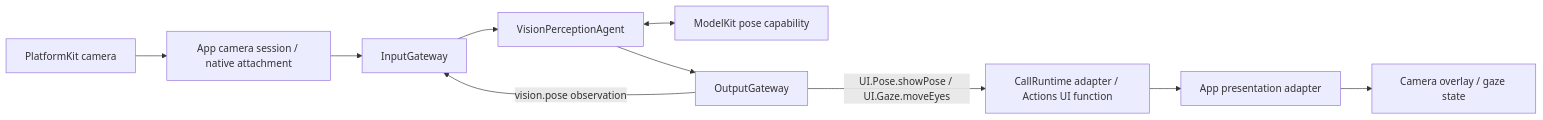
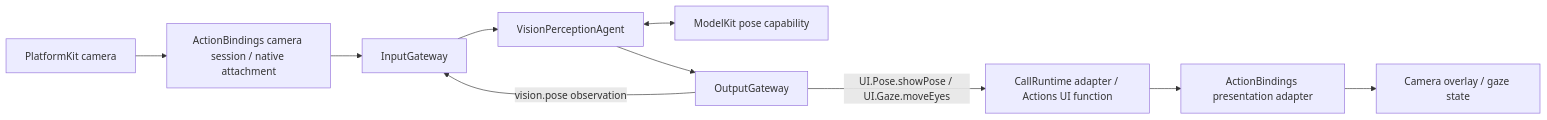
Diagram 18 of 32 in MobileHarness/README.md (devilyouwei/MobileHarness), drawn with Mermaid before and after one commit. The commit also changed other lines of this file and 254 other files, not shown here.

First line of the commit message:
refactor: isolate app composition and module bindings

````diff
--- a/MobileHarness/README.md
+++ b/MobileHarness/README.md
@@ -890,12 +854,12 @@
 ```mermaid
 flowchart LR
-    Camera[PlatformKit camera] --> Host[App camera session / native attachment]
+    Camera[PlatformKit camera] --> Host[ActionBindings camera session / native attachment]
     Host --> Input[InputGateway]
     Input --> Vision[VisionPerceptionAgent]
     Vision <--> Pose[ModelKit pose capability]
     Vision --> Output[OutputGateway]
     Output -->|vision.pose observation| Input
     Output -->|UI.Pose.showPose / UI.Gaze.moveEyes| Tools[CallRuntime adapter / Actions UI function]
-    Tools --> Adapter[App presentation adapter]
+    Tools --> Adapter[ActionBindings presentation adapter]
     Adapter --> UI[Camera overlay / gaze state]
 ```
````
